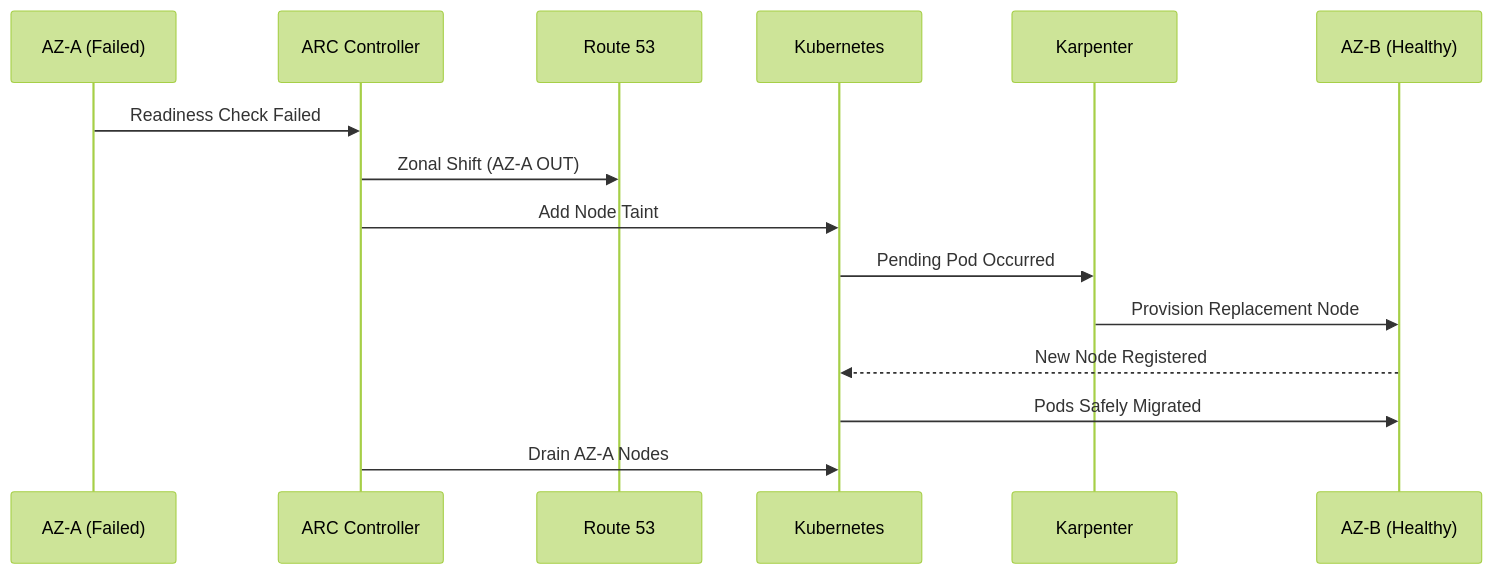
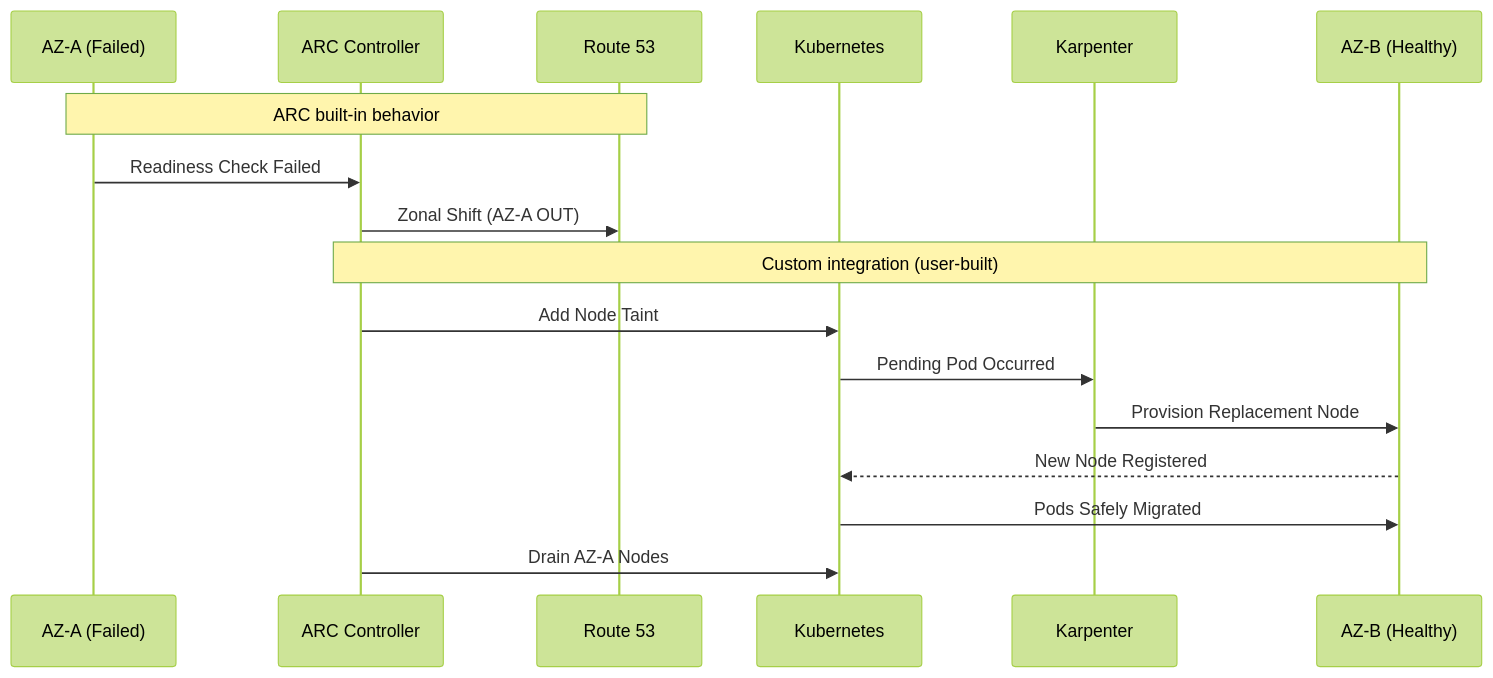
One commit to devfloor9/engineering-playbook changed the second of 3 diagrams in docs/aidlc/operations/predictive-operations.md. Above: the diagram before and after it, drawn with Mermaid (forest theme). The commit also changed other lines of this file and 2 other files, not shown here.

````diff
--- a/docs/aidlc/operations/predictive-operations.md
+++ b/docs/aidlc/operations/predictive-operations.md
@@ -211,18 +224,20 @@
 ```mermaid
 sequenceDiagram
     participant AZ_A as AZ-A (Failed)
     participant ARC as ARC Controller
     participant R53 as Route 53
     participant K8s as Kubernetes
     participant Karp as Karpenter
     participant AZ_B as AZ-B (Healthy)
 
+    Note over AZ_A,R53: ARC built-in behavior
     AZ_A->>ARC: Readiness Check Failed
     ARC->>R53: Zonal Shift (AZ-A OUT)
+    Note over ARC,AZ_B: Custom integration (user-built)
     ARC->>K8s: Add Node Taint
     K8s->>Karp: Pending Pod Occurred
     Karp->>AZ_B: Provision Replacement Node
     AZ_B-->>K8s: New Node Registered
     K8s->>AZ_B: Pods Safely Migrated
     ARC->>K8s: Drain AZ-A Nodes
 ```
````
